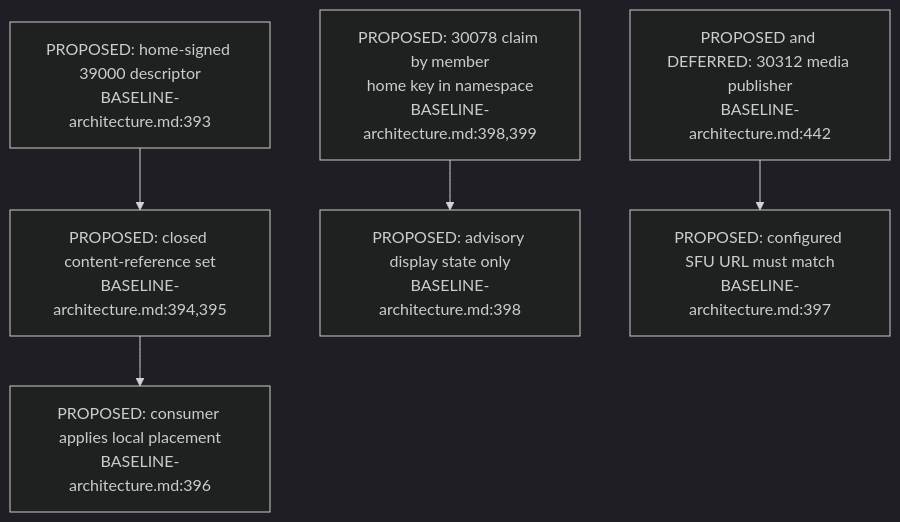
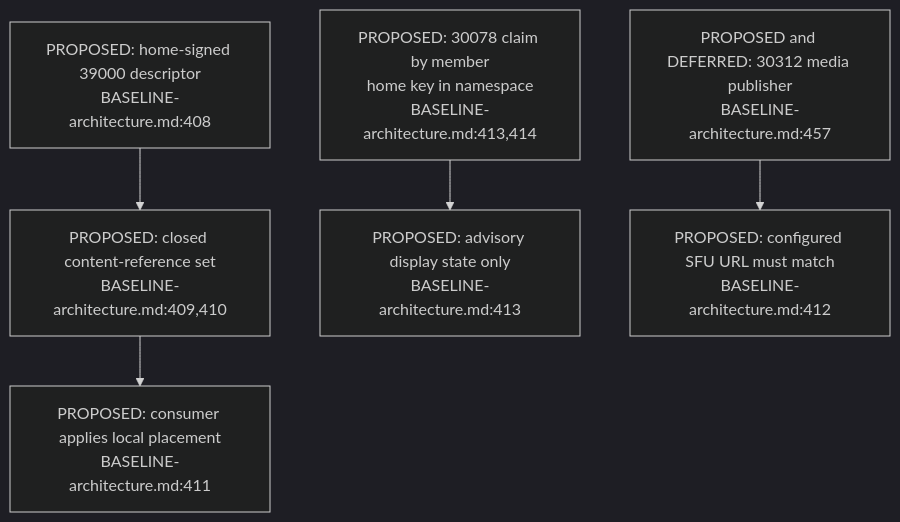
Before and after one commit to DreamLab-AI/VisionFlow: the third of 3 diagrams in docs/diagrams/nostr-rust-forum/14-proposed-group-replication-and-spaces.md, drawn with Mermaid (dark theme). The commit also changed other lines of this file and 10 other files, not shown here.

First line of the commit message:
diagrams(nostr-rust-forum): re-verify NF-13/14/17/18/20/21/22/24/26/27/28 at kit 4a73a7a

````diff
--- a/docs/diagrams/nostr-rust-forum/14-proposed-group-replication-and-spaces.md
+++ b/docs/diagrams/nostr-rust-forum/14-proposed-group-replication-and-spaces.md
@@ -53,7 +53,7 @@
 ```mermaid
 flowchart TD
-    META["PROPOSED: home-signed 39000 descriptor<br/>BASELINE-architecture.md:393"] --> REFS["PROPOSED: closed content-reference set<br/>BASELINE-architecture.md:394,395"]
-    REFS --> PLACE["PROPOSED: consumer applies local placement<br/>BASELINE-architecture.md:396"]
-    CLAIM["PROPOSED: 30078 claim by member<br/>home key in namespace<br/>BASELINE-architecture.md:398,399"] --> DISPLAY["PROPOSED: advisory display state only<br/>BASELINE-architecture.md:398"]
-    VOICE["PROPOSED and DEFERRED: 30312 media publisher<br/>BASELINE-architecture.md:442"] --> URL["PROPOSED: configured SFU URL must match<br/>BASELINE-architecture.md:397"]
+    META["PROPOSED: home-signed 39000 descriptor<br/>BASELINE-architecture.md:408"] --> REFS["PROPOSED: closed content-reference set<br/>BASELINE-architecture.md:409,410"]
+    REFS --> PLACE["PROPOSED: consumer applies local placement<br/>BASELINE-architecture.md:411"]
+    CLAIM["PROPOSED: 30078 claim by member<br/>home key in namespace<br/>BASELINE-architecture.md:413,414"] --> DISPLAY["PROPOSED: advisory display state only<br/>BASELINE-architecture.md:413"]
+    VOICE["PROPOSED and DEFERRED: 30312 media publisher<br/>BASELINE-architecture.md:457"] --> URL["PROPOSED: configured SFU URL must match<br/>BASELINE-architecture.md:412"]
 ```
````
